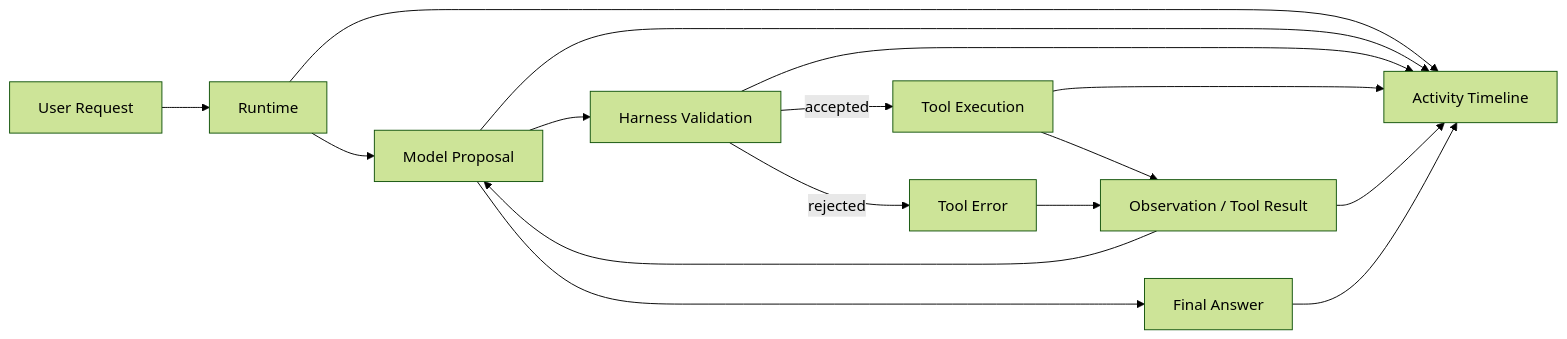
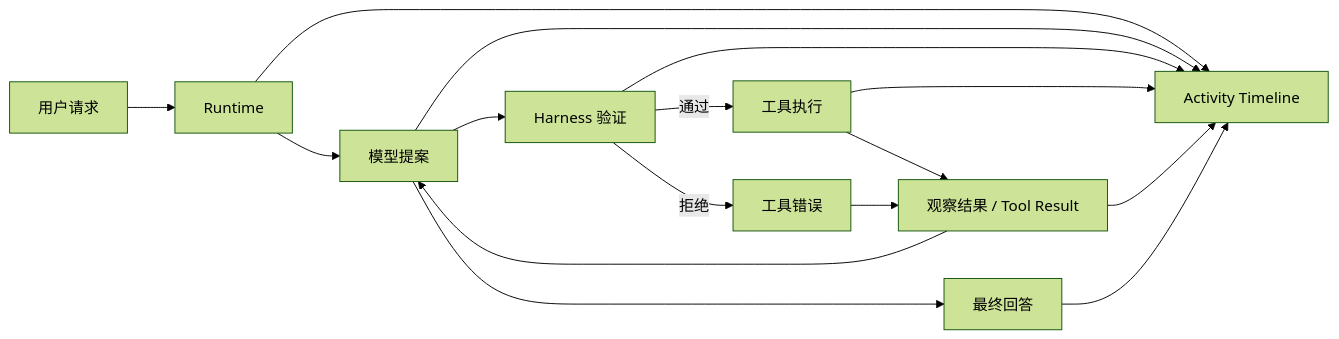
One commit to jonhncatt/Multi_Agent_Team changed the diagram in README.md. Above: the diagram before and after it, drawn with Mermaid (forest theme). The commit also changed other lines of this file and 2 other files, not shown here.

````diff
--- a/README.md
+++ b/README.md
@@ -83,18 +85,18 @@
 ```mermaid
 flowchart LR
-    U["User Request"] --> R["Runtime"]
-    R --> M["Model Proposal"]
-    M --> H["Harness Validation"]
-    H -->|accepted| T["Tool Execution"]
-    H -->|rejected| E["Tool Error"]
-    T --> O["Observation / Tool Result"]
+    U["用户请求"] --> R["Runtime"]
+    R --> M["模型提案"]
+    M --> H["Harness 验证"]
+    H -->|通过| T["工具执行"]
+    H -->|拒绝| E["工具错误"]
+    T --> O["观察结果 / Tool Result"]
     E --> O
     O --> M
-    M --> A["Final Answer"]
+    M --> A["最终回答"]
     R --> UI["Activity Timeline"]
     M --> UI
     H --> UI
     T --> UI
     O --> UI
     A --> UI
 ```
````
